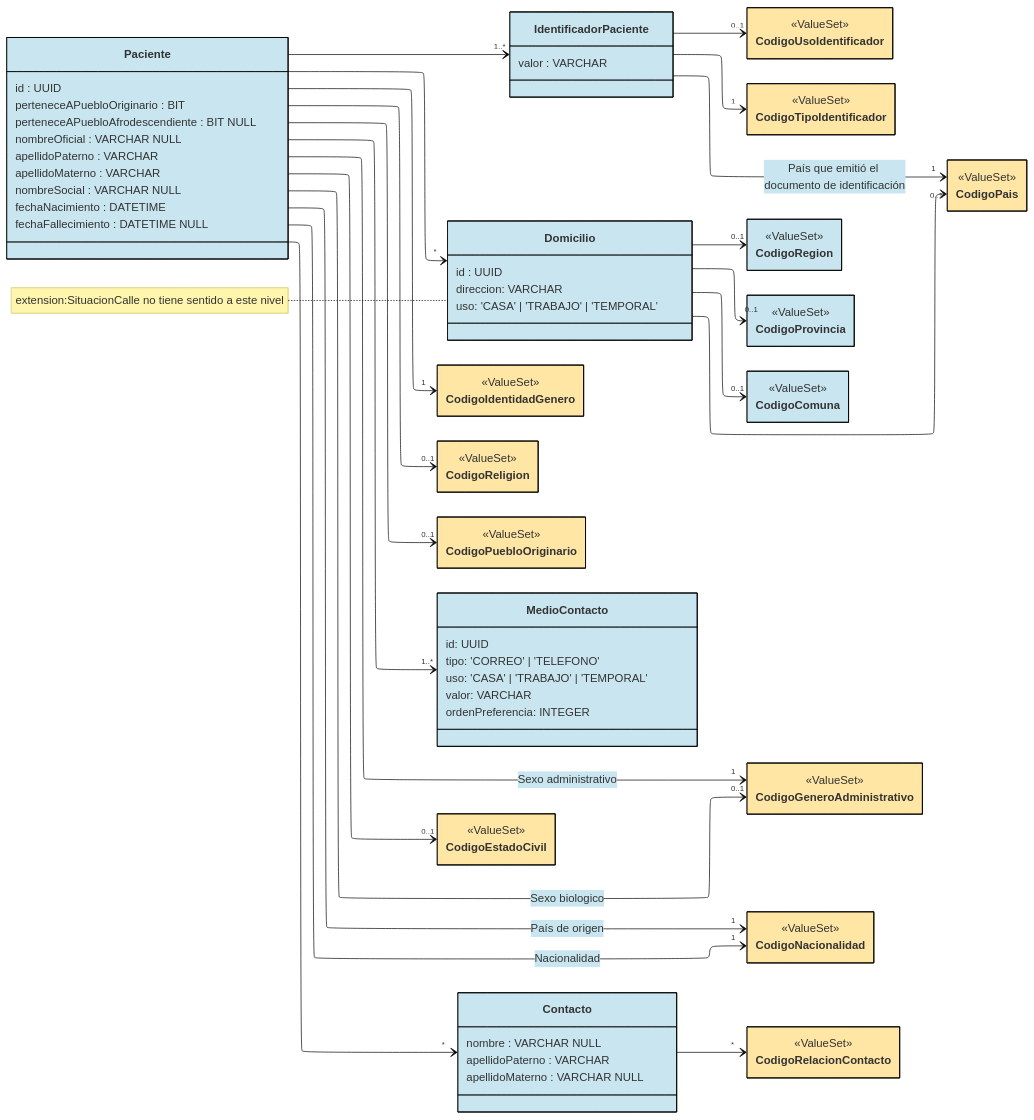
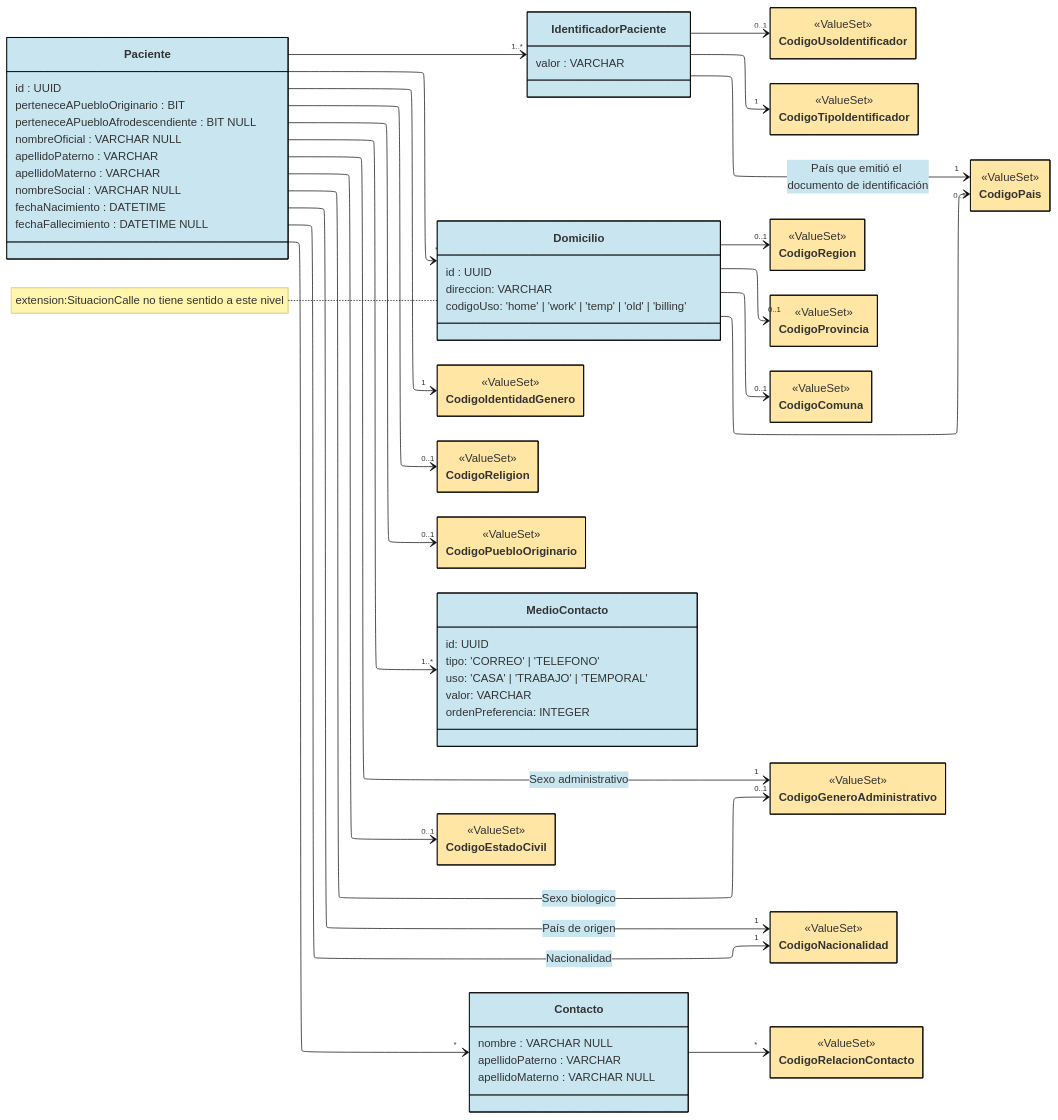
One commit to chris-f23/diagramas-fhir-tei changed the diagram in docs/Paciente.mmd. Above: the diagram before and after it, drawn with Mermaid. The commit also changed 3 other files, not shown here.

Commit message:
Agrega contratos para crear paciente y crear domicilio de paciente - Actualiza diagrama de paciente

```diff
--- a/docs/Paciente.mmd
+++ b/docs/Paciente.mmd
@@ -1,146 +1,150 @@
 ---
 config:
   layout: elk
   theme: base
   class:
     hideEmptyMembersBox: true
   themeVariables:
     primaryBorderColor: "#000000"
     primaryColor: "#C9E6F0"
 ---
 
 classDiagram
 direction LR
 
 class Paciente {
   id : UUID
 
   perteneceAPuebloOriginario : BIT
   perteneceAPuebloAfrodescendiente : BIT NULL
 
   nombreOficial : VARCHAR NULL
   apellidoPaterno : VARCHAR
   apellidoMaterno : VARCHAR
   
   nombreSocial : VARCHAR NULL
 
   fechaNacimiento : DATETIME
   fechaFallecimiento : DATETIME NULL
 
 }
 
 class IdentificadorPaciente {
   valor : VARCHAR
 }
 
 link IdentificadorPaciente "https://build.fhir.org/ig/Minsal-CL/SIGTEv2-IG/StructureDefinition-PatientLE-definitions.html#Patient.identifier"
 
 Paciente --> "1..*" IdentificadorPaciente
 
 class CodigoUsoIdentificador { <<ValueSet>> }
 link CodigoUsoIdentificador "https://hl7.org/fhir/R4/valueset-identifier-use.html"
 style CodigoUsoIdentificador fill:#FFE6A5
 
 IdentificadorPaciente --> "0..1" CodigoUsoIdentificador
 
 
 class CodigoTipoIdentificador { <<ValueSet>> }
 link CodigoTipoIdentificador "https://hl7chile.cl/fhir/ig/clcore/1.9.2/ValueSet-VSTipoIdentificador.html"
 style CodigoTipoIdentificador fill:#FFE6A5
 
 IdentificadorPaciente --> "1" CodigoTipoIdentificador
 
 class CodigoPais { <<ValueSet>> }
 link CodigoPais "https://hl7chile.cl/fhir/ig/clcore/1.9.2/ValueSet-CodPais.html"
 style CodigoPais fill:#FFE6A5
 
 IdentificadorPaciente --> "1" CodigoPais: País que emitió el documento de identificación
 
 note for Domicilio "extension:SituacionCalle no tiene sentido a este nivel"
 class Domicilio {
   id : UUID
   direccion: VARCHAR
-  uso: 'CASA' | 'TRABAJO' | 'TEMPORAL'
+  codigoUso: 'home' | 'work' | 'temp' | 'old' | 'billing'
 }
 
 class CodigoRegion { <<ValueSet>> }
+style CodigoRegion fill:#FFE6A5
 
 class CodigoProvincia { <<ValueSet>> }
+style CodigoProvincia fill:#FFE6A5
+
 class CodigoComuna { <<ValueSet>> }
+style CodigoComuna fill:#FFE6A5
 
 Domicilio --> "0..1" CodigoPais
 Domicilio --> "0..1" CodigoRegion
 Domicilio --> "0..1" CodigoProvincia
 Domicilio --> "0..1" CodigoComuna
 
 Paciente --> "*" Domicilio
 
 
 class CodigoIdentidadGenero { <<ValueSet>> }
 link CodigoIdentidadGenero "https://hl7chile.cl/fhir/ig/clcore/1.9.2/ValueSet-VSIdentidaddeGenero.html"
 style CodigoIdentidadGenero fill:#FFE6A5
 
 
 Paciente --> "1" CodigoIdentidadGenero
 
 
 class CodigoGeneroAdministrativo { <<ValueSet>> }
 link CodigoGeneroAdministrativo "https://hl7.org/fhir/R4/valueset-administrative-gender.html"
 style CodigoGeneroAdministrativo fill:#FFE6A5
 
 
 Paciente --> "0..1" CodigoGeneroAdministrativo: Sexo biologico
 Paciente --> "1" CodigoGeneroAdministrativo: Sexo administrativo
 
 class CodigoNacionalidad { <<ValueSet>> }
 link CodigoNacionalidad "https://hl7chile.cl/fhir/ig/clcore/1.9.2/ValueSet-CodPais.html"
 style CodigoNacionalidad fill:#FFE6A5
 
 
 Paciente --> "1" CodigoNacionalidad: Nacionalidad
 Paciente --> "1" CodigoNacionalidad: País de origen
 
 
 class CodigoReligion { <<ValueSet>> }
 link CodigoReligion "https://build.fhir.org/ig/Minsal-CL/SIGTEv2-IG/ValueSet-VSReligion.html"
 style CodigoReligion fill:#FFE6A5
 
 
 Paciente --> "0..1" CodigoReligion
 
 class CodigoPuebloOriginario { <<ValueSet>> }
 link CodigoPuebloOriginario "https://build.fhir.org/ig/Minsal-CL/SIGTEv2-IG/ValueSet-PueblosOriginariosVS.html"
 style CodigoPuebloOriginario fill:#FFE6A5
 
 Paciente --> "0..1" CodigoPuebloOriginario
 
 class MedioContacto {
   id: UUID
   tipo: 'CORREO' | 'TELEFONO'
   uso: 'CASA' | 'TRABAJO' | 'TEMPORAL'
   valor: VARCHAR
   ordenPreferencia: INTEGER
 }
 
 Paciente --> "1..*" MedioContacto
 
 class CodigoEstadoCivil { <<ValueSet>> }
 link CodigoEstadoCivil "https://build.fhir.org/ig/Minsal-CL/SIGTEv2-IG/ValueSet-VSEstadoCivil.html"
 style CodigoEstadoCivil fill:#FFE6A5
 
 Paciente --> "0..1" CodigoEstadoCivil
 
 
 class Contacto {
   nombre : VARCHAR NULL
   apellidoPaterno : VARCHAR
   apellidoMaterno : VARCHAR NULL
 }
 
 class CodigoRelacionContacto { <<ValueSet>> }
 link CodigoRelacionContacto "https://hl7.org/fhir/R4/valueset-patient-contactrelationship.html"
 style CodigoRelacionContacto fill:#FFE6A5
 
 Contacto --> "*" CodigoRelacionContacto
 
 Paciente --> "*" Contacto
```
